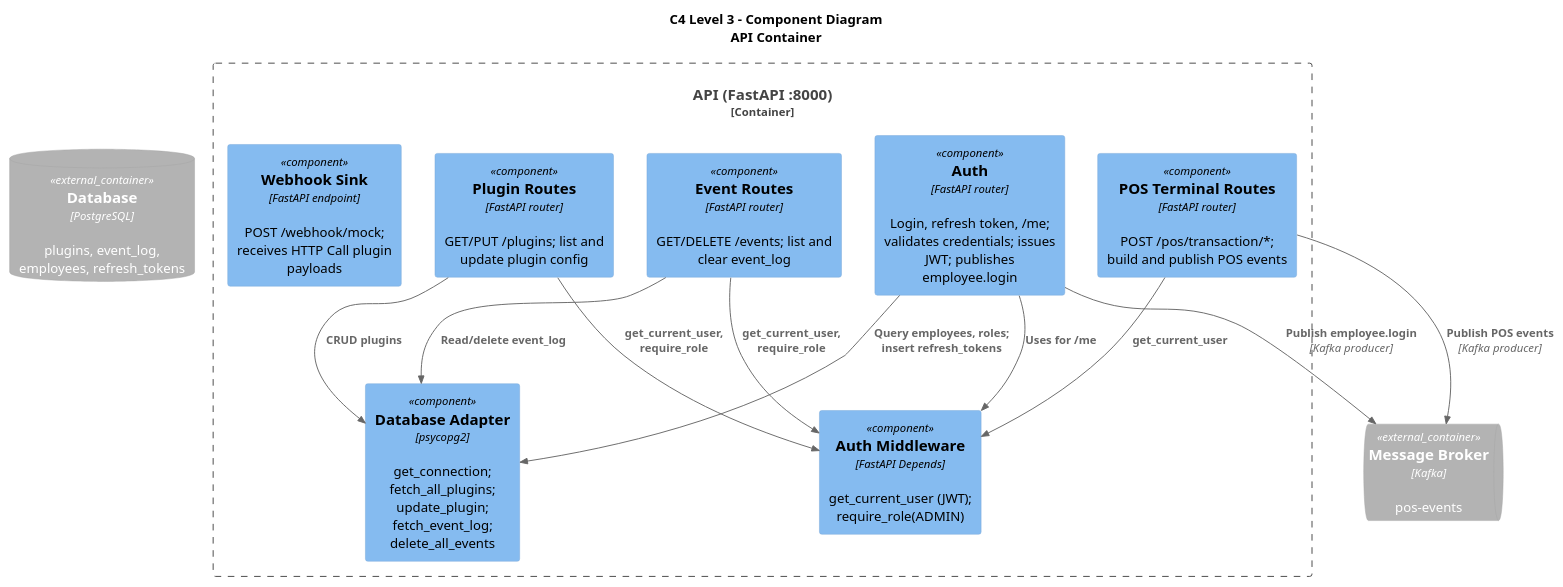
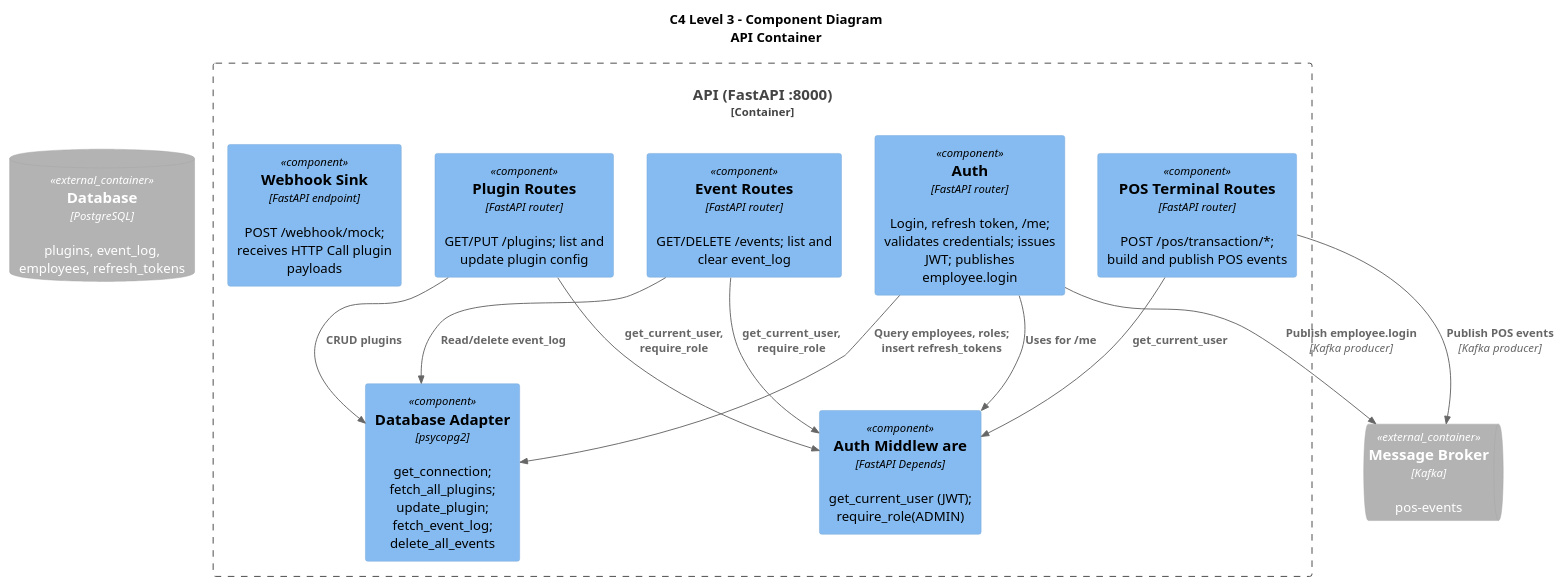
One commit to praksjain/review-assignment changed the diagram in docs/diagrams/C4/C4-Level-3-API.puml. Above: the diagram before and after it, drawn with PlantUML. The commit also changed 20 other files, not shown here.

```diff
--- a/docs/diagrams/C4/C4-Level-3-API.puml
+++ b/docs/diagrams/C4/C4-Level-3-API.puml
@@ -1,30 +1,29 @@
 @startuml C4-Level-3-API
 !include https://raw.githubusercontent.com/plantuml-stdlib/C4-PlantUML/master/C4_Component.puml
 
 title C4 Level 3 - Component Diagram\nAPI Container
 
 Container_Boundary(api, "API (FastAPI :8000)") {
     Component(auth, "Auth", "FastAPI router", "Login, refresh token, /me; validates credentials; issues JWT; publishes employee.login")
     Component(plugin_routes, "Plugin Routes", "FastAPI router", "GET/PUT /plugins; list and update plugin config")
     Component(event_routes, "Event Routes", "FastAPI router", "GET/DELETE /events; list and clear event_log")
     Component(pos_routes, "POS Terminal Routes", "FastAPI router", "POST /pos/transaction/*; build and publish POS events")
     Component(webhook, "Webhook Sink", "FastAPI endpoint", "POST /webhook/mock; receives HTTP Call plugin payloads")
     Component(database, "Database Adapter", "psycopg2", "get_connection; fetch_all_plugins; update_plugin; fetch_event_log; delete_all_events")
-    Component(middleware, "Auth Middleware", "FastAPI Depends", "get_current_user (JWT); require_role(ADMIN)")
+    Component(middleware, "Auth Middlew are", "FastAPI Depends", "get_current_user (JWT); require_role(ADMIN)")
 }
 
 ContainerDb_Ext(postgres, "Database", "PostgreSQL", "plugins, event_log, employees, refresh_tokens")
 ContainerQueue_Ext(kafka, "Message Broker", "Kafka", "pos-events")
 
-' Internal: routers use middleware and database
 Rel(auth, database, "Query employees, roles; insert refresh_tokens", "")
 Rel(auth, kafka, "Publish employee.login", "Kafka producer")
 Rel(auth, middleware, "Uses for /me", "")
 Rel(plugin_routes, database, "CRUD plugins", "")
 Rel(plugin_routes, middleware, "get_current_user, require_role", "")
 Rel(event_routes, database, "Read/delete event_log", "")
 Rel(event_routes, middleware, "get_current_user, require_role", "")
 Rel(pos_routes, kafka, "Publish POS events", "Kafka producer")
 Rel(pos_routes, middleware, "get_current_user", "")
 
 @enduml
```
